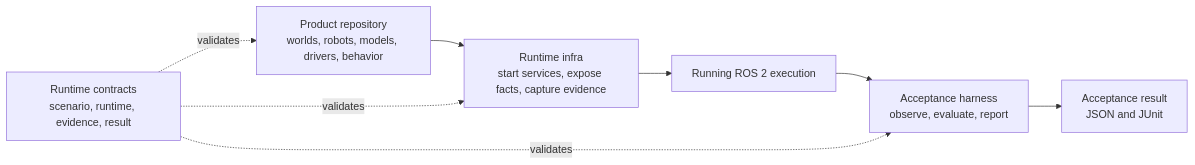
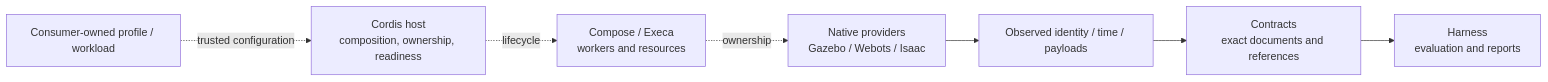
Before and after one commit to mmkolpakov/robotics-runtime-infra: the diagram in README.md, drawn with Mermaid. The commit also changed other lines of this file and 2 other files, not shown here.

Commit message:
Focus deployment README on scope and native provider boundaries

````diff
--- a/README.md
+++ b/README.md
@@ -30,14 +37,15 @@
 ```mermaid
 flowchart LR
-    product["Product repository<br/>worlds, robots, models, drivers, behavior"]
-    infra["Runtime infra<br/>start services, expose facts, capture evidence"]
-    execution["Running ROS 2 execution"]
-    harness["Acceptance harness<br/>observe, evaluate, report"]
-    result["Acceptance result<br/>JSON and JUnit"]
-    contracts["Runtime contracts<br/>scenario, runtime, evidence, result"]
+    profile["Consumer-owned profile / workload"]
+    host["Cordis host<br/>composition, ownership, readiness"]
+    executor["Compose / Execa<br/>workers and resources"]
+    providers["Native providers<br/>Gazebo / Webots / Isaac"]
+    facts["Observed identity / time / payloads"]
+    contracts["Contracts<br/>exact documents and references"]
+    harness["Harness<br/>evaluation and reports"]
 
-    product --> infra --> execution --> harness --> result
-    contracts -. validates .-> product
-    contracts -. validates .-> infra
-    contracts -. validates .-> harness
+    profile -. trusted configuration .-> host
+    host -. lifecycle .-> executor
+    executor -. ownership .-> providers
+    providers --> facts --> contracts --> harness
 ```
````
